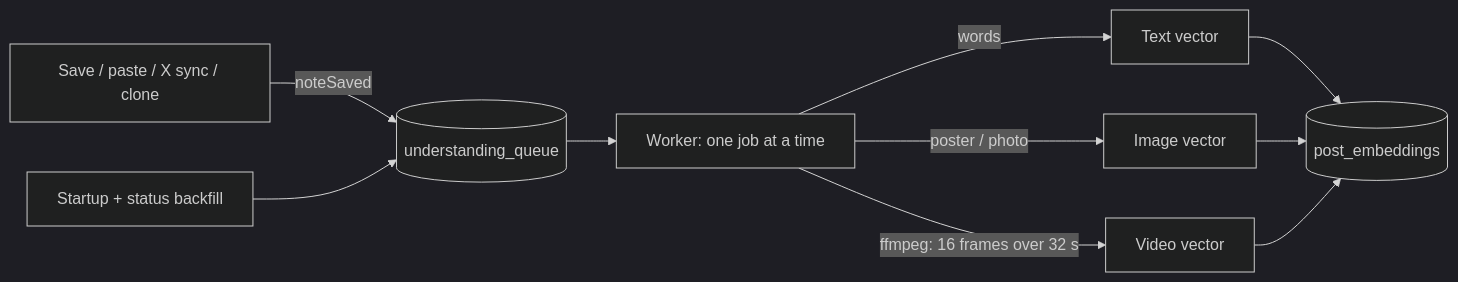
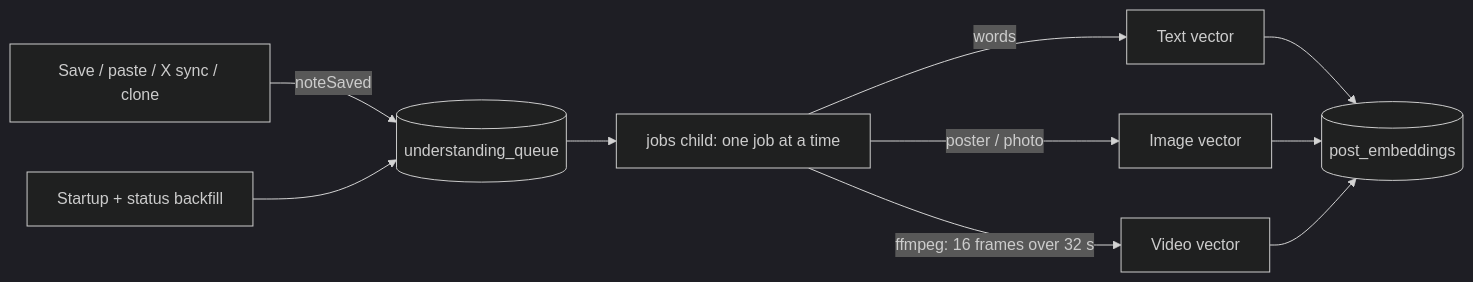
Before and after one commit to itsmemeworks/adhx: the fifth of 5 diagrams in ARCHITECTURE.md, drawn with Mermaid (dark theme). The commit also changed other lines of this file and 10 other files, not shown here.

````diff
--- a/ARCHITECTURE.md
+++ b/ARCHITECTURE.md
@@ -356,12 +358,12 @@
 ```mermaid
 flowchart LR
   S[Save / paste / X sync / clone] -->|noteSaved| Q[(understanding_queue)]
   B[Startup + status backfill] --> Q
-  Q --> W[Worker: one job at a time]
+  Q --> W[jobs child: one job at a time]
   W -->|words| T[Text vector]
   W -->|poster / photo| I[Image vector]
   W -->|ffmpeg: 16 frames over 32 s| V[Video vector]
   T --> E[(post_embeddings)]
   I --> E
   V --> E
 ```
````
